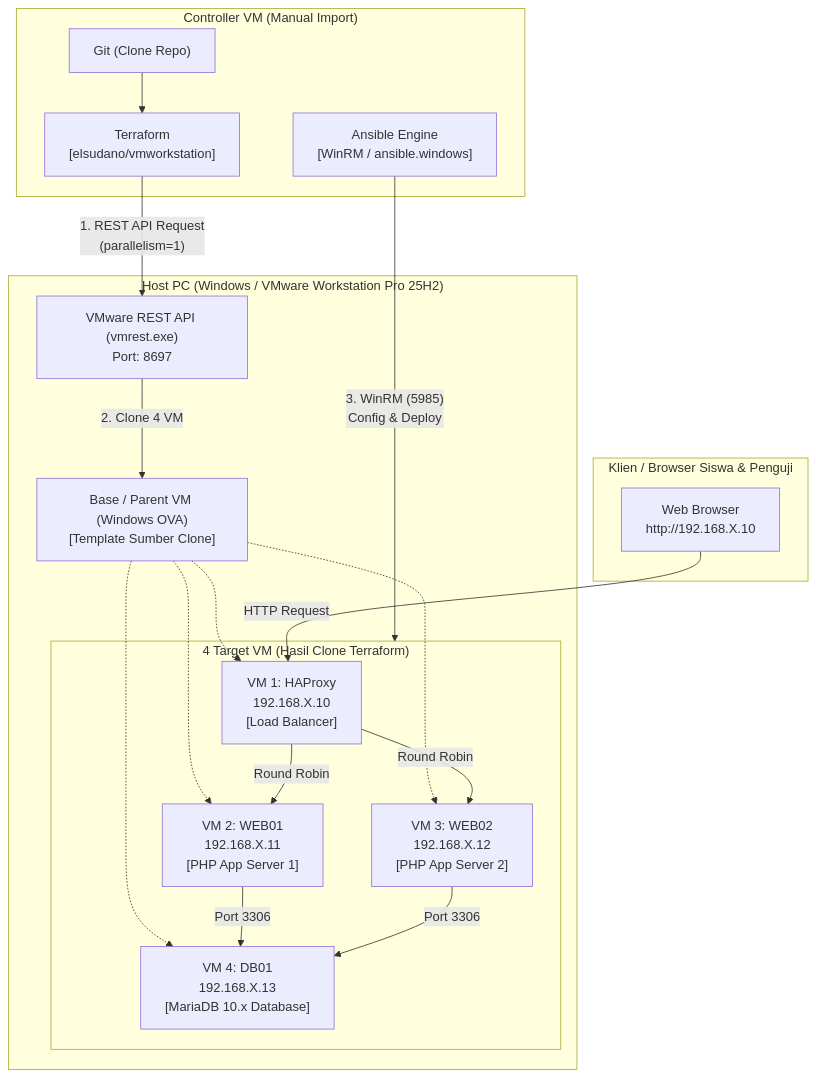
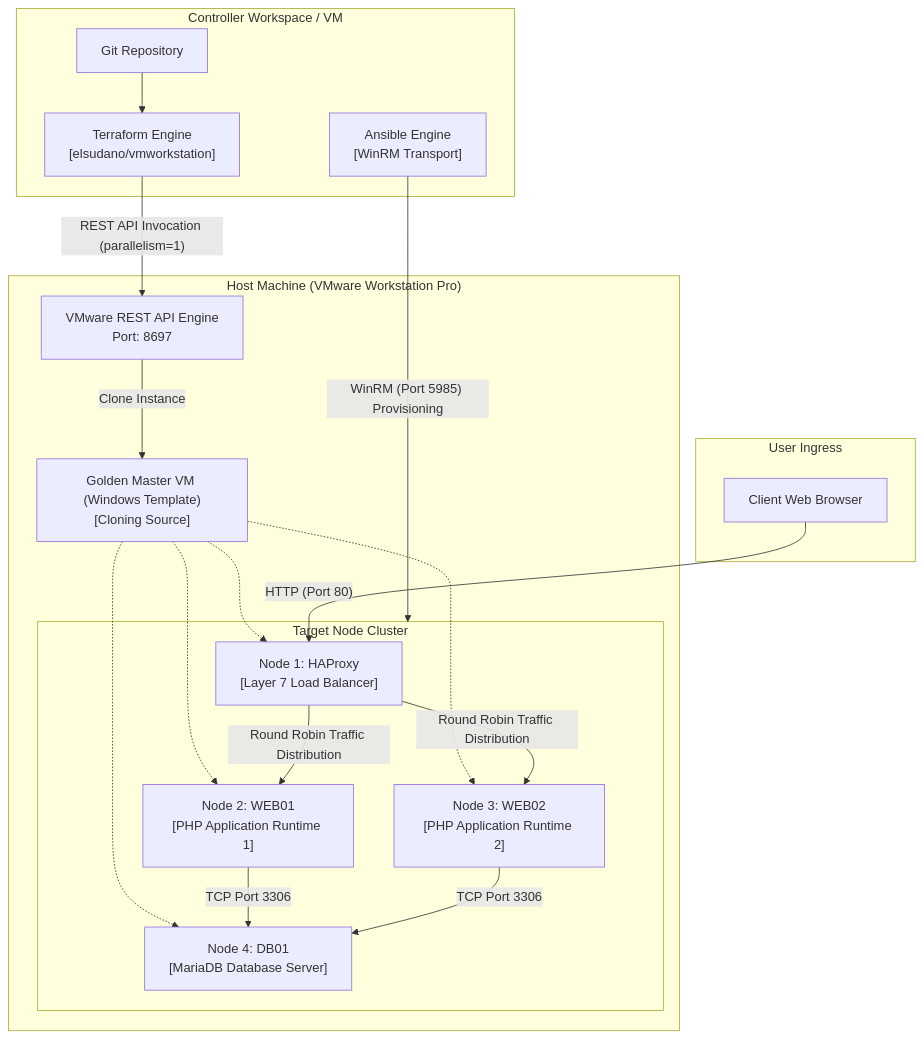
The diagram in README.md (fendyramadhani9-cloud/kopdes-iac-automation), drawn with Mermaid before and after one commit. The commit also changed other lines of this file and 1 other file, not shown here.

````diff
--- a/README.md
+++ b/README.md
@@ -34,40 +34,40 @@
 ```mermaid
 flowchart TD
-    subgraph Host["Host PC (Windows / VMware Workstation Pro 25H2)"]
-        vmrest["VMware REST API (vmrest.exe)\nPort: 8697"]
-        BaseVM["Base / Parent VM (Windows OVA)\n[Template Sumber Clone]"]
+    subgraph Host["Host Machine (VMware Workstation Pro)"]
+        vmrest["VMware REST API Engine\nPort: 8697"]
+        BaseVM["Golden Master VM (Windows Template)\n[Cloning Source]"]
         
-        subgraph TargetVMs["4 Target VM (Hasil Clone Terraform)"]
-            HAProxy["VM 1: HAProxy\n192.168.X.10\n[Load Balancer]"]
-            Web01["VM 2: WEB01\n192.168.X.11\n[PHP App Server 1]"]
-            Web02["VM 3: WEB02\n192.168.X.12\n[PHP App Server 2]"]
-            DB01["VM 4: DB01\n192.168.X.13\n[MariaDB 10.x Database]"]
+        subgraph Cluster["Target Node Cluster"]
+            HAProxy["Node 1: HAProxy\n[Layer 7 Load Balancer]"]
+            Web01["Node 2: WEB01\n[PHP Application Runtime 1]"]
+            Web02["Node 3: WEB02\n[PHP Application Runtime 2]"]
+            DB01["Node 4: DB01\n[MariaDB Database Server]"]
         end
     end
 
-    subgraph ControlNode["Controller VM (Manual Import)"]
-        Git["Git (Clone Repo)"]
-        TF["Terraform\n[elsudano/vmworkstation]"]
-        Ansible["Ansible Engine\n[WinRM / ansible.windows]"]
+    subgraph ControlNode["Controller Workspace / VM"]
+        GitRepo["Git Repository"]
+        TF["Terraform Engine\n[elsudano/vmworkstation]"]
+        Ansible["Ansible Engine\n[WinRM Transport]"]
     end
 
-    subgraph Client["Klien / Browser Siswa & Penguji"]
-        Browser["Web Browser\nhttp://192.168.X.10"]
+    subgraph Clients["User Ingress"]
+        Browser["Client Web Browser"]
     end
 
-    Git --> TF
-    TF -->|"1. REST API Request\n(parallelism=1)"| vmrest
-    vmrest -->|"2. Clone 4 VM"| BaseVM
+    GitRepo --> TF
+    TF -->|"REST API Invocation (parallelism=1)"| vmrest
+    vmrest -->|"Clone Instance"| BaseVM
     BaseVM -.-> HAProxy
     BaseVM -.-> Web01
     BaseVM -.-> Web02
     BaseVM -.-> DB01
 
-    Ansible -->|"3. WinRM (5985)\nConfig & Deploy"| TargetVMs
+    Ansible -->|"WinRM (Port 5985) Provisioning"| Cluster
 
-    Browser -->|"HTTP Request"| HAProxy
-    HAProxy -->|"Round Robin"| Web01
-    HAProxy -->|"Round Robin"| Web02
-    Web01 -->|"Port 3306"| DB01
-    Web02 -->|"Port 3306"| DB01
+    Browser -->|"HTTP (Port 80)"| HAProxy
+    HAProxy -->|"Round Robin Traffic Distribution"| Web01
+    HAProxy -->|"Round Robin Traffic Distribution"| Web02
+    Web01 -->|"TCP Port 3306"| DB01
+    Web02 -->|"TCP Port 3306"| DB01
 ```
````
